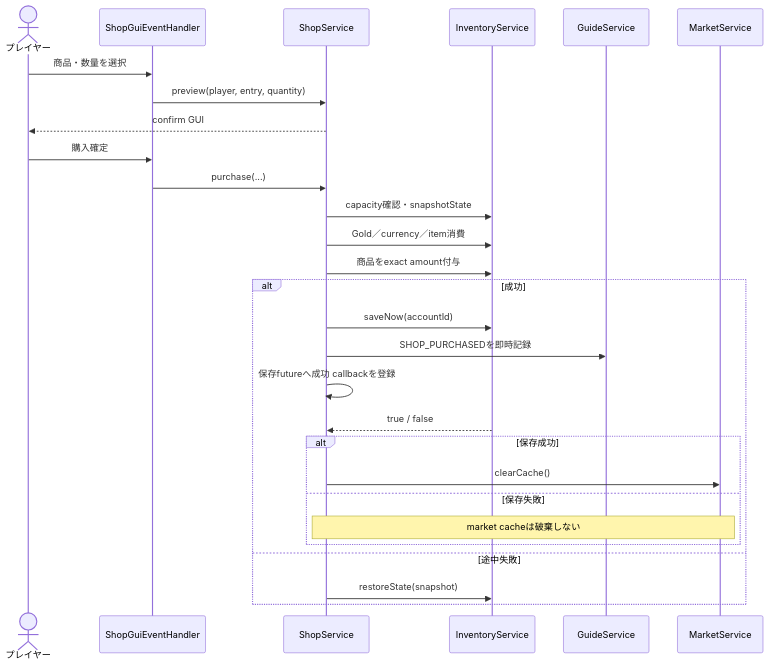
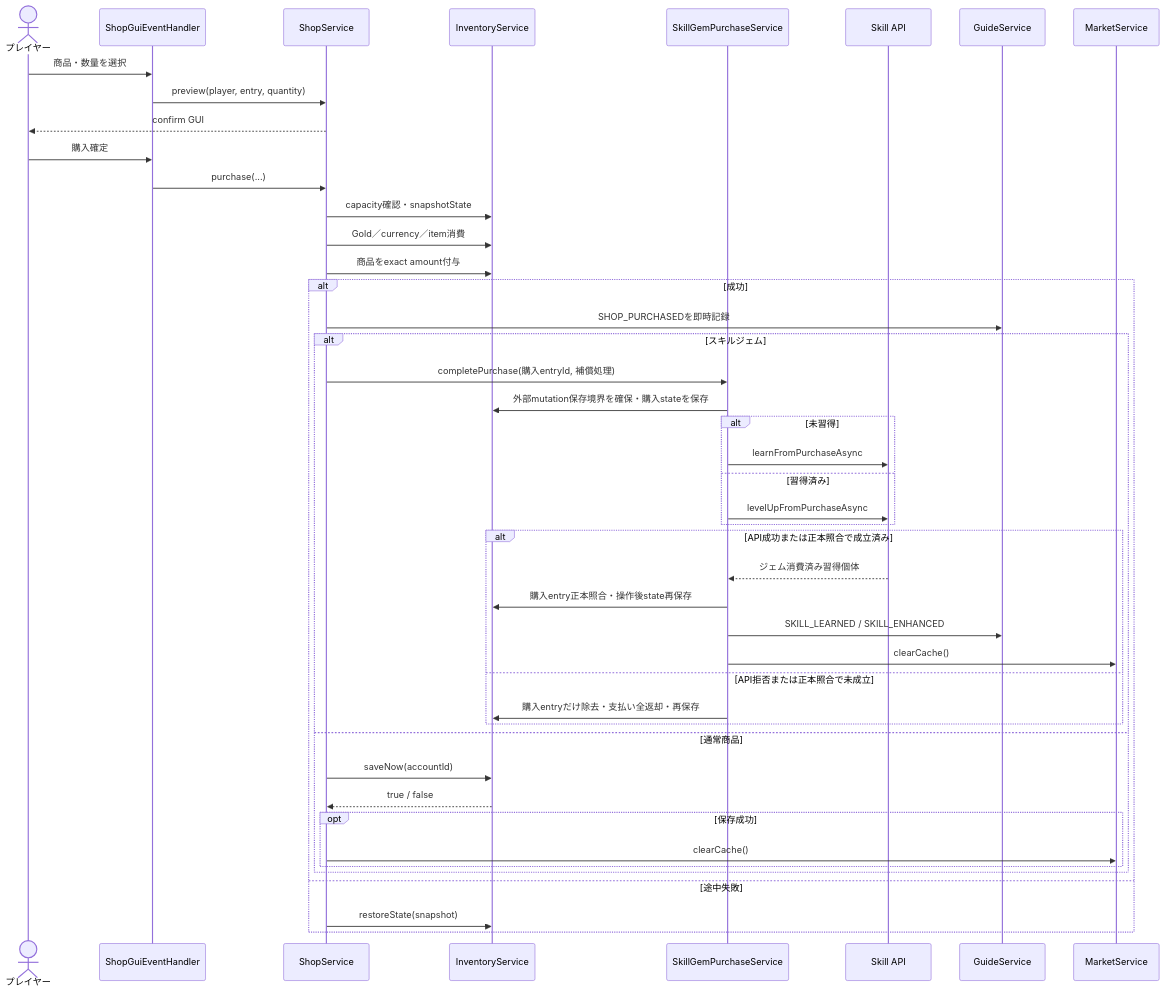
The third of 4 diagrams in 00_docs/10_Plugin設計書/feature/20-shop/20_4-統合フロー.md (maaasu/AstralRecord-Workspace), drawn with Mermaid before and after one commit. The commit also changed other lines of this file and 55 other files, not shown here.

````diff
--- a/00_docs/10_Plugin設計書/feature/20-shop/20_4-統合フロー.md
+++ b/00_docs/10_Plugin設計書/feature/20-shop/20_4-統合フロー.md
@@ -62,30 +62,47 @@
 ```mermaid
 sequenceDiagram
     actor Player as プレイヤー
     participant Handler as ShopGuiEventHandler
     participant Shop as ShopService
     participant Inventory as InventoryService
+    participant SkillGem as SkillGemPurchaseService
+    participant SkillApi as Skill API
     participant Guide as GuideService
     participant Market as MarketService
     Player->>Handler: 商品・数量を選択
     Handler->>Shop: preview(player, entry, quantity)
     Shop-->>Player: confirm GUI
     Player->>Handler: 購入確定
     Handler->>Shop: purchase(...)
     Shop->>Inventory: capacity確認・snapshotState
     Shop->>Inventory: Gold／currency／item消費
     Shop->>Inventory: 商品をexact amount付与
     alt 成功
-        Shop->>Inventory: saveNow(accountId)
         Shop->>Guide: SHOP_PURCHASEDを即時記録
-        Shop->>Shop: 保存futureへ成功 callbackを登録
-        Inventory-->>Shop: true / false
-        alt 保存成功
-            Shop->>Market: clearCache()
-        else 保存失敗
-            Note over Shop,Market: market cacheは破棄しない
+        alt スキルジェム
+            Shop->>SkillGem: completePurchase(購入entryId, 補償処理)
+            SkillGem->>Inventory: 外部mutation保存境界を確保・購入stateを保存
+            alt 未習得
+                SkillGem->>SkillApi: learnFromPurchaseAsync
+            else 習得済み
+                SkillGem->>SkillApi: levelUpFromPurchaseAsync
+            end
+            alt API成功または正本照合で成立済み
+                SkillApi-->>SkillGem: ジェム消費済み習得個体
+                SkillGem->>Inventory: 購入entry正本照合・操作後state再保存
+                SkillGem->>Guide: SKILL_LEARNED / SKILL_ENHANCED
+                SkillGem->>Market: clearCache()
+            else API拒否または正本照合で未成立
+                SkillGem->>Inventory: 購入entryだけ除去・支払い全返却・再保存
+            end
+        else 通常商品
+            Shop->>Inventory: saveNow(accountId)
+            Inventory-->>Shop: true / false
+            opt 保存成功
+                Shop->>Market: clearCache()
+            end
         end
     else 途中失敗
         Shop->>Inventory: restoreState(snapshot)
     end
 ```
````
